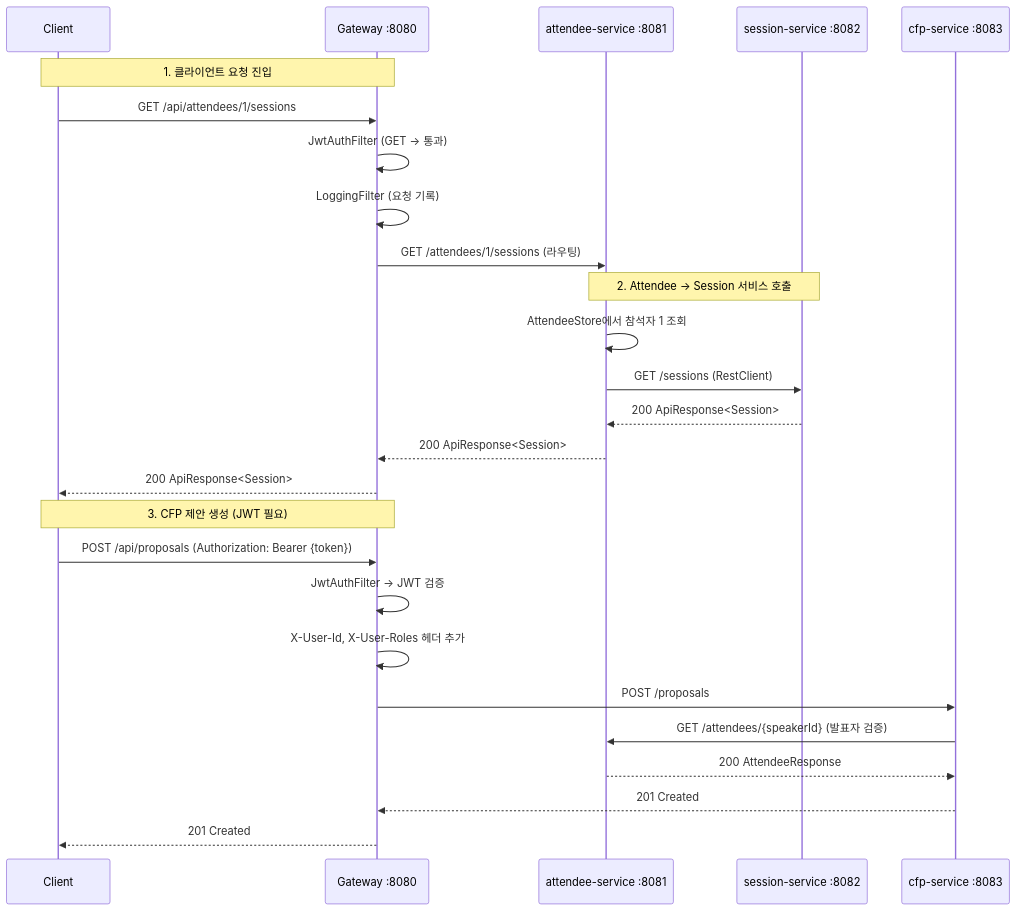
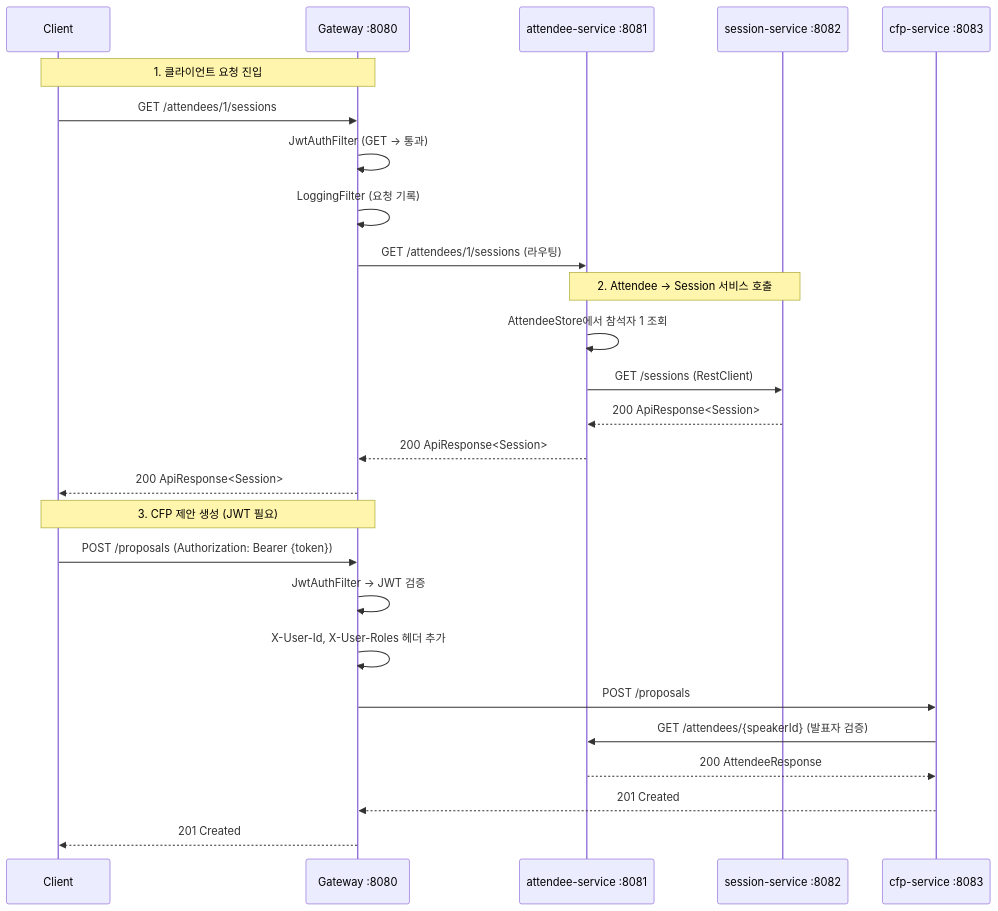
The second of 23 diagrams in docs/ARCHITECTURE.md (janghoesoo1/pact-conference-demo-phase1), drawn with Mermaid before and after one commit. The commit also changed other lines of this file and 6 other files, not shown here.

````diff
--- a/docs/ARCHITECTURE.md
+++ b/docs/ARCHITECTURE.md
@@ -131,34 +122,34 @@
 ```mermaid
 sequenceDiagram
     participant Client
     participant GW as Gateway :8080
     participant ATT as attendee-service :8081
     participant SES as session-service :8082
     participant CFP as cfp-service :8083
 
     Note over Client,GW: 1. 클라이언트 요청 진입
 
-    Client->>GW: GET /api/attendees/1/sessions
+    Client->>GW: GET /attendees/1/sessions
     GW->>GW: JwtAuthFilter (GET → 통과)
     GW->>GW: LoggingFilter (요청 기록)
     GW->>ATT: GET /attendees/1/sessions (라우팅)
 
     Note over ATT,SES: 2. Attendee → Session 서비스 호출
 
     ATT->>ATT: AttendeeStore에서 참석자 1 조회
     ATT->>SES: GET /sessions (RestClient)
     SES-->>ATT: 200 ApiResponse<Session>
     ATT-->>GW: 200 ApiResponse<Session>
     GW-->>Client: 200 ApiResponse<Session>
 
     Note over Client,GW: 3. CFP 제안 생성 (JWT 필요)
 
-    Client->>GW: POST /api/proposals (Authorization: Bearer {token})
+    Client->>GW: POST /proposals (Authorization: Bearer {token})
     GW->>GW: JwtAuthFilter → JWT 검증
     GW->>GW: X-User-Id, X-User-Roles 헤더 추가
     GW->>CFP: POST /proposals
     CFP->>ATT: GET /attendees/{speakerId} (발표자 검증)
     ATT-->>CFP: 200 AttendeeResponse
     CFP-->>GW: 201 Created
     GW-->>Client: 201 Created
 ```
````
